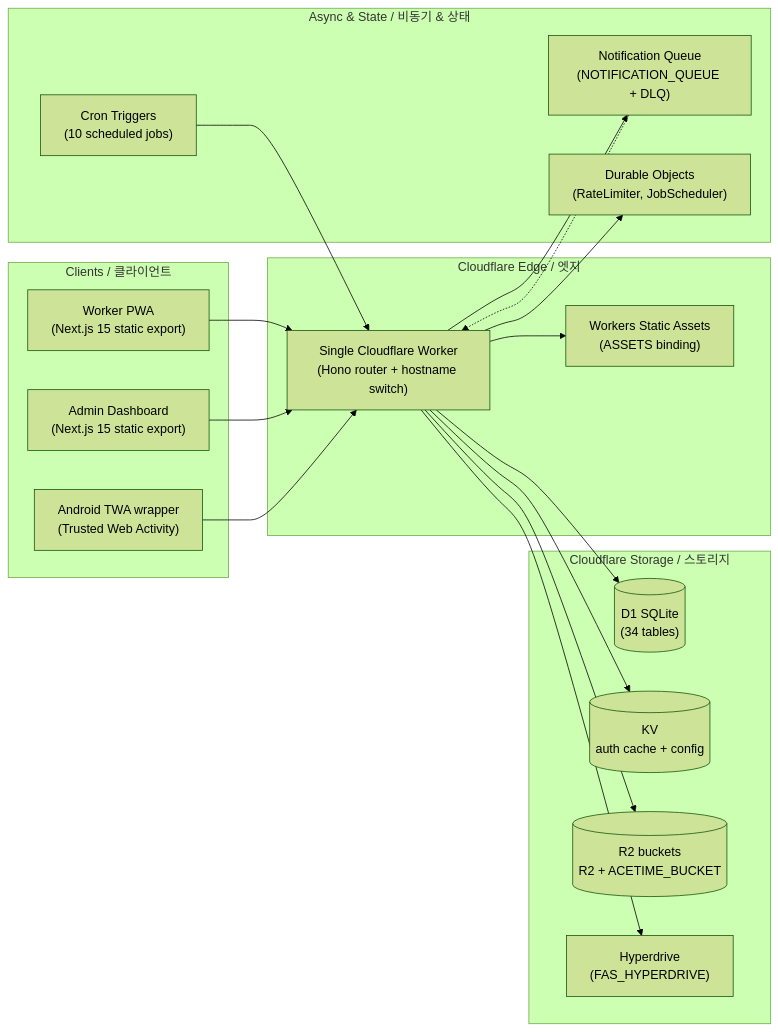
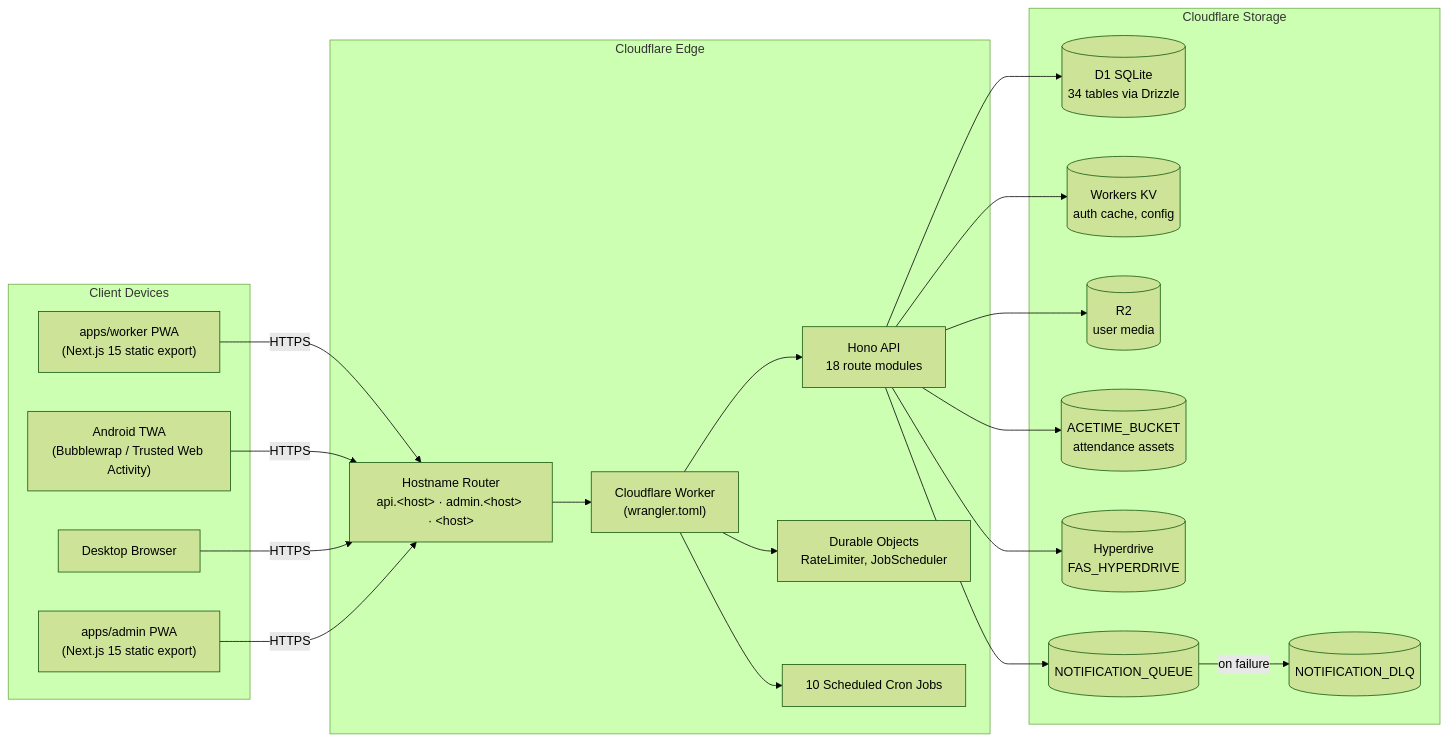
Before and after one commit to jclee941/safetywallet: the diagram in README.md, drawn with Mermaid (forest theme). The commit also changed other lines of this file, not shown here.

````diff
--- a/README.md
+++ b/README.md
@@ -79,40 +78,43 @@
 ```mermaid
 flowchart LR
-  subgraph Clients["Clients / 클라이언트"]
-    PWA["Worker PWA<br/>(Next.js 15 static export)"]
-    Admin["Admin Dashboard<br/>(Next.js 15 static export)"]
-    TWA["Android TWA wrapper<br/>(Trusted Web Activity)"]
-  end
+    subgraph Client["Client Devices"]
+        W_PWA["apps/worker PWA<br/>(Next.js 15 static export)"]
+        A_PWA["apps/admin PWA<br/>(Next.js 15 static export)"]
+        TWA["Android TWA<br/>(Bubblewrap / Trusted Web Activity)"]
+        Browser["Desktop Browser"]
+    end
 
-  subgraph Edge["Cloudflare Edge / 엣지"]
-    Worker["Single Cloudflare Worker<br/>(Hono router + hostname switch)"]
-    ASSETS["Workers Static Assets<br/>(ASSETS binding)"]
-  end
+    subgraph Edge["Cloudflare Edge"]
+        Worker["Cloudflare Worker<br/>(wrangler.toml)"]
+        Router["Hostname Router<br/>api.&lt;host&gt; · admin.&lt;host&gt; · &lt;host&gt;"]
+        Hono["Hono API<br/>18 route modules"]
+        DO["Durable Objects<br/>RateLimiter, JobScheduler"]
+        Cron["10 Scheduled Cron Jobs"]
+    end
 
-  subgraph Storage["Cloudflare Storage / 스토리지"]
-    D1[("D1 SQLite<br/>(34 tables)")]
-    KV[("KV<br/>auth cache + config")]
-    R2[("R2 buckets<br/>R2 + ACETIME_BUCKET")]
-    HD["Hyperdrive<br/>(FAS_HYPERDRIVE)"]
-  end
+    subgraph Storage["Cloudflare Storage"]
+        D1[("D1 SQLite<br/>34 tables via Drizzle")]
+        KV[("Workers KV<br/>auth cache, config")]
+        R2[("R2<br/>user media")]
+        R2b[("ACETIME_BUCKET<br/>attendance assets")]
+        HD[("Hyperdrive<br/>FAS_HYPERDRIVE")]
+        Q[("NOTIFICATION_QUEUE")]
+        DLQ[("NOTIFICATION_DLQ")]
+    end
 
-  subgraph Async["Async & State / 비동기 & 상태"]
-    Q["Notification Queue<br/>(NOTIFICATION_QUEUE + DLQ)"]
-    DO["Durable Objects<br/>(RateLimiter, JobScheduler)"]
-    Cron["Cron Triggers<br/>(10 scheduled jobs)"]
-  end
-
-  PWA --> Worker
-  Admin --> Worker
-  TWA --> Worker
-
-  Worker --> ASSETS
-  Worker --> D1
-  Worker --> KV
-  Worker --> R2
-  Worker --> HD
-  Worker --> Q
-  Worker --> DO
-  Cron --> Worker
-  Q -.-> Worker
+    W_PWA -->|HTTPS| Router
+    TWA -->|HTTPS| Router
+    Browser -->|HTTPS| Router
+    A_PWA -->|HTTPS| Router
+    Router --> Worker
+    Worker --> Hono
+    Worker --> DO
+    Worker --> Cron
+    Hono --> D1
+    Hono --> KV
+    Hono --> R2
+    Hono --> R2b
+    Hono --> HD
+    Hono --> Q
+    Q -->|on failure| DLQ
 ```
````
